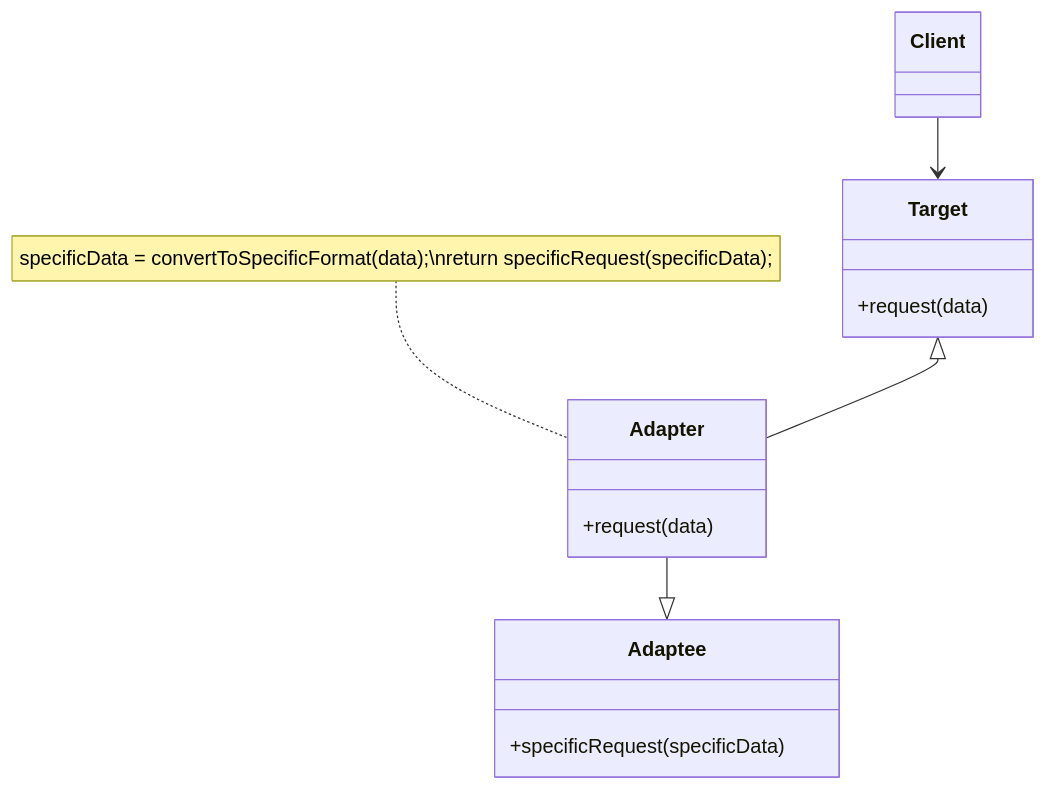
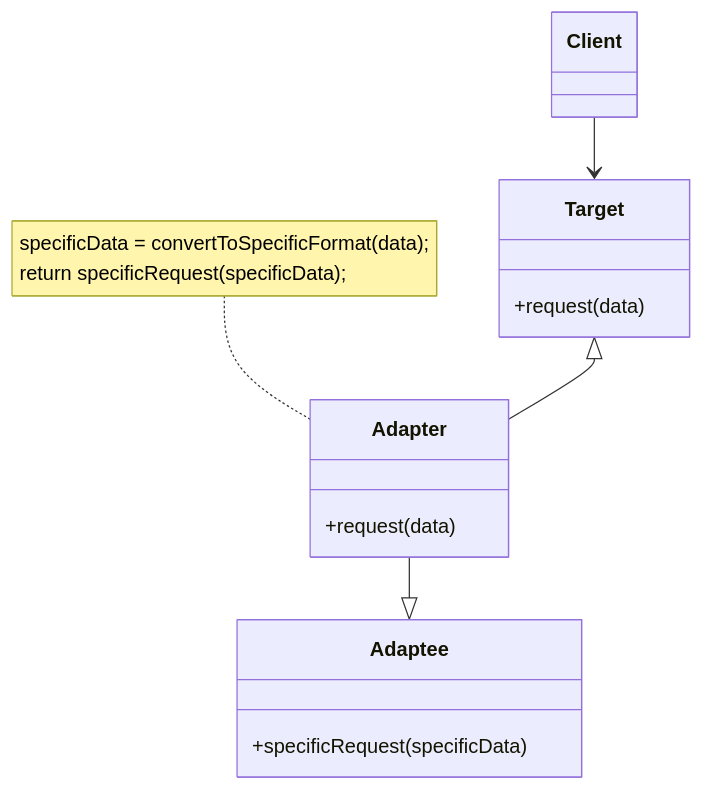
One commit to choesimin/choesimin.github.io changed the fourth of 5 diagrams in collections/_skills/design-pattern/adapter-pattern.md. Above: the diagram before and after it, drawn with Mermaid. The commit also changed other lines of this file and 9 other files, not shown here.

````diff
--- a/collections/_skills/design-pattern/adapter-pattern.md
+++ b/collections/_skills/design-pattern/adapter-pattern.md
@@ -196,23 +196,23 @@
 ```mermaid
 classDiagram
 
 class Client
 
 class Target {
     +request(data)
 }
 
 class Adapter {
     +request(data)
 }
 
 class Adaptee {
     +specificRequest(specificData)
 }
 
 Client --> Target
 Target <|-- Adapter
 Adapter --|> Adaptee
 
-note for Adapter "specificData = convertToSpecificFormat(data);\nreturn specificRequest(specificData);"
+note for Adapter "specificData = convertToSpecificFormat(data);<br>return specificRequest(specificData);"
 ```
````
